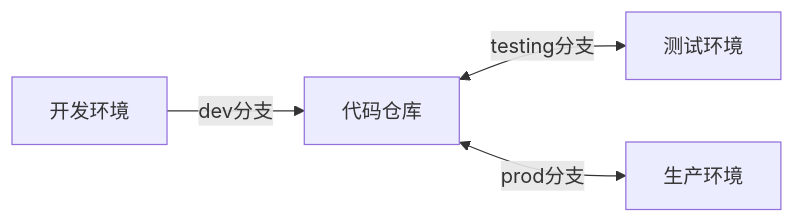
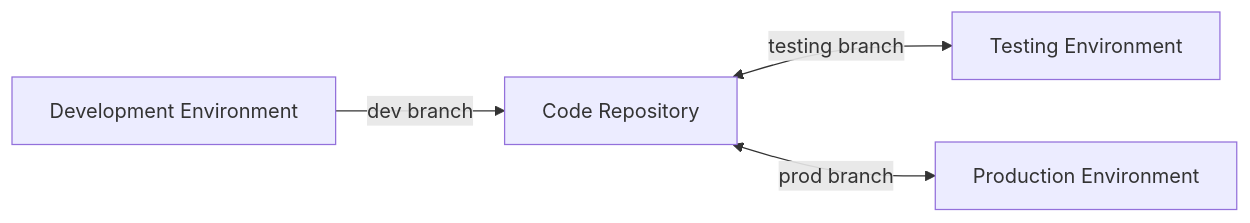
The diagram in docs/how-to-guides/delivery/continuous/source-code.md (goodrain/rainbond-docs), drawn with Mermaid before and after one commit. The commit also changed other lines of this file and 855 other files, not shown here.

````diff
--- a/docs/how-to-guides/delivery/continuous/source-code.md
+++ b/docs/how-to-guides/delivery/continuous/source-code.md
@@ -24,6 +24,6 @@
 ```mermaid
 graph LR
-    A[开发环境] -->|dev分支| B[代码仓库]
-    B <-->|testing分支| C[测试环境]
-    B <-->|prod分支| D[生产环境]
+    A[Development Environment] -->|dev branch| B[Code Repository]
+    B <-->|testing branch| C[Testing Environment]
+    B <-->|prod branch| D[Production Environment]
 ```
````
